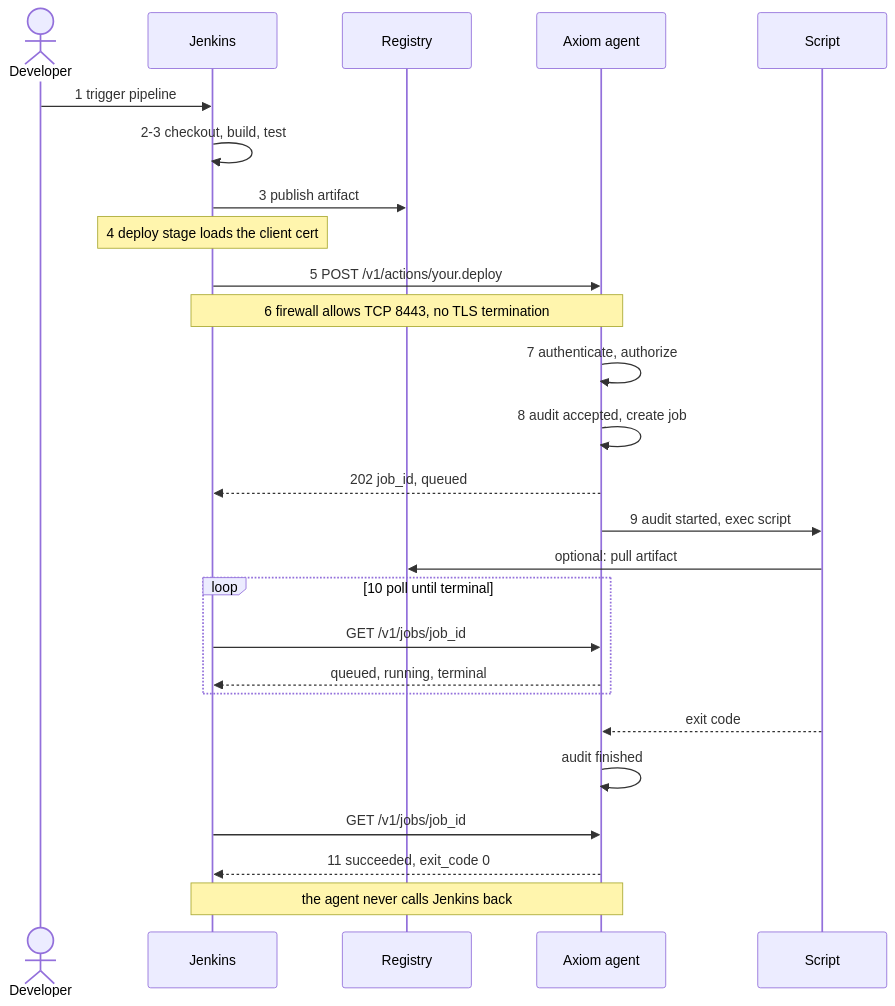
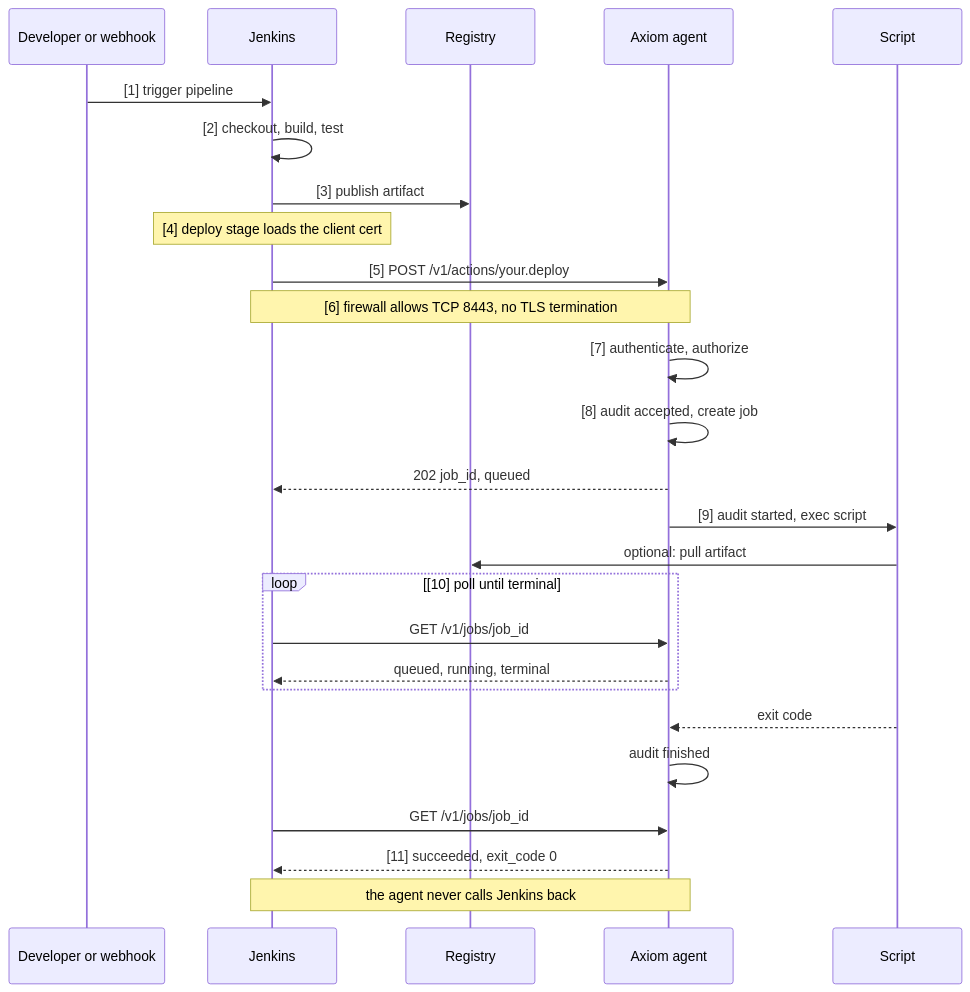
The diagram in presentation/diagrams/mermaid/scenario.mmd (nuwandev/axiom), drawn with Mermaid before and after one commit. The commit also changed 8 other files, not shown here.

First line of the commit message:
docs: clarify who starts the pipeline and make Figure 3 step numbers legible

```diff
--- a/presentation/diagrams/mermaid/scenario.mmd
+++ b/presentation/diagrams/mermaid/scenario.mmd
@@ -1,28 +1,28 @@
 sequenceDiagram
     accTitle: Deployment scenario sequence
-    accDescr: Eleven numbered steps from a developer triggering a Jenkins pipeline to Jenkins reading the terminal job status. Jenkins always initiates, and the agent never calls back.
-    actor Dev as Developer
+    accDescr: Eleven numbered steps from a developer or webhook triggering a Jenkins pipeline to Jenkins reading the terminal job status. Jenkins always initiates, and the agent never calls back.
+    participant Dev as Developer or webhook
     participant J as Jenkins
     participant R as Registry
     participant A as Axiom agent
     participant S as Script
-    Dev->>J: 1 trigger pipeline
-    J->>J: 2-3 checkout, build, test
-    J->>R: 3 publish artifact
-    Note over J: 4 deploy stage loads the client cert
-    J->>A: 5 POST /v1/actions/your.deploy
-    Note over J,A: 6 firewall allows TCP 8443, no TLS termination
-    A->>A: 7 authenticate, authorize
-    A->>A: 8 audit accepted, create job
+    Dev->>J: [1] trigger pipeline
+    J->>J: [2] checkout, build, test
+    J->>R: [3] publish artifact
+    Note over J: [4] deploy stage loads the client cert
+    J->>A: [5] POST /v1/actions/your.deploy
+    Note over J,A: [6] firewall allows TCP 8443, no TLS termination
+    A->>A: [7] authenticate, authorize
+    A->>A: [8] audit accepted, create job
     A-->>J: 202 job_id, queued
-    A->>S: 9 audit started, exec script
+    A->>S: [9] audit started, exec script
     S->>R: optional: pull artifact
-    loop 10 poll until terminal
+    loop [10] poll until terminal
         J->>A: GET /v1/jobs/job_id
         A-->>J: queued, running, terminal
     end
     S-->>A: exit code
     A->>A: audit finished
     J->>A: GET /v1/jobs/job_id
-    A-->>J: 11 succeeded, exit_code 0
+    A-->>J: [11] succeeded, exit_code 0
     Note over A,J: the agent never calls Jenkins back
```
